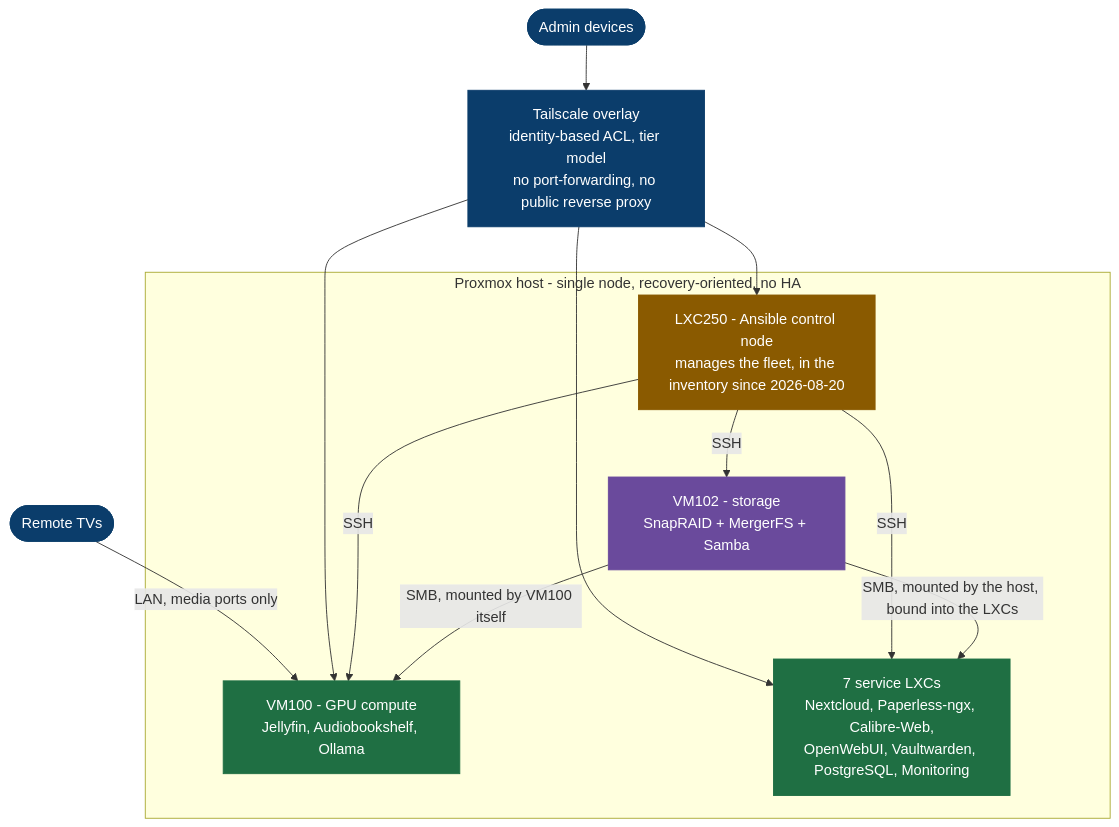
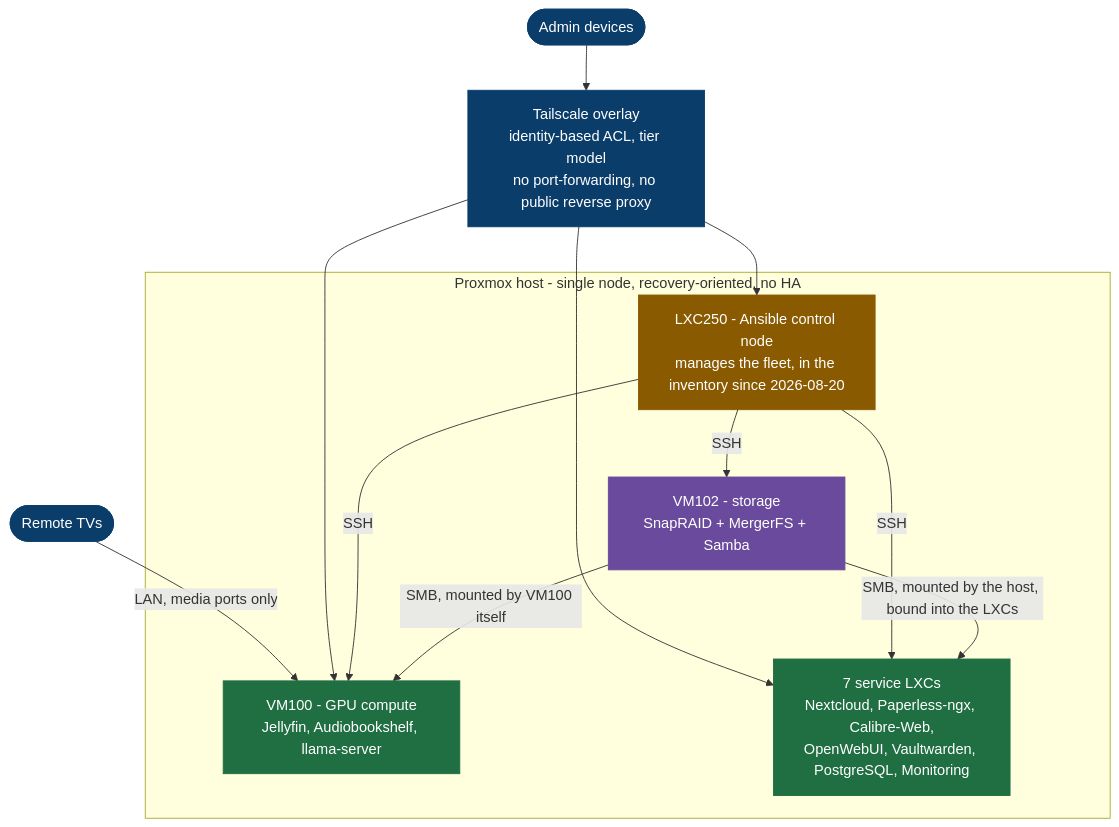
Before and after one commit to sohanreddyk/homelab-server-architecture: the diagram in README.md, drawn with Mermaid. The commit also changed other lines of this file and 24 other files, not shown here.

````diff
--- a/README.md
+++ b/README.md
@@ -18,34 +18,34 @@
 ```mermaid
 flowchart TB
   Admin(["Admin devices"])
   TVs(["Remote TVs"])
 
   TS["Tailscale overlay<br/>identity-based ACL, tier model<br/>no port-forwarding, no public reverse proxy"]
 
   subgraph host["Proxmox host - single node, recovery-oriented, no HA"]
-    VM100["VM100 - GPU compute<br/>Jellyfin, Audiobookshelf, Ollama"]
+    VM100["VM100 - GPU compute<br/>Jellyfin, Audiobookshelf, llama-server"]
     LXC["7 service LXCs<br/>Nextcloud, Paperless-ngx, Calibre-Web,<br/>OpenWebUI, Vaultwarden, PostgreSQL, Monitoring"]
     CTRL["LXC250 - Ansible control node<br/>manages the fleet, in the inventory since 2026-08-20"]
     VM102["VM102 - storage<br/>SnapRAID + MergerFS + Samba"]
   end
 
   Admin --> TS
   TVs -->|LAN, media ports only| VM100
   TS --> VM100
   TS --> LXC
   TS --> CTRL
   CTRL -->|SSH| VM100
   CTRL -->|SSH| LXC
   CTRL -->|SSH| VM102
   VM102 -->|SMB, mounted by VM100 itself| VM100
   VM102 -->|SMB, mounted by the host, bound into the LXCs| LXC
 
   classDef access fill:#0b3d6b,stroke:#0b3d6b,color:#ffffff
   classDef compute fill:#1f6f43,stroke:#1f6f43,color:#ffffff
   classDef storage fill:#6a4a9c,stroke:#6a4a9c,color:#ffffff
   classDef control fill:#8a5a00,stroke:#8a5a00,color:#ffffff
   class TS,Admin,TVs access
   class VM100,LXC compute
   class VM102 storage
   class CTRL control
 ```
````
